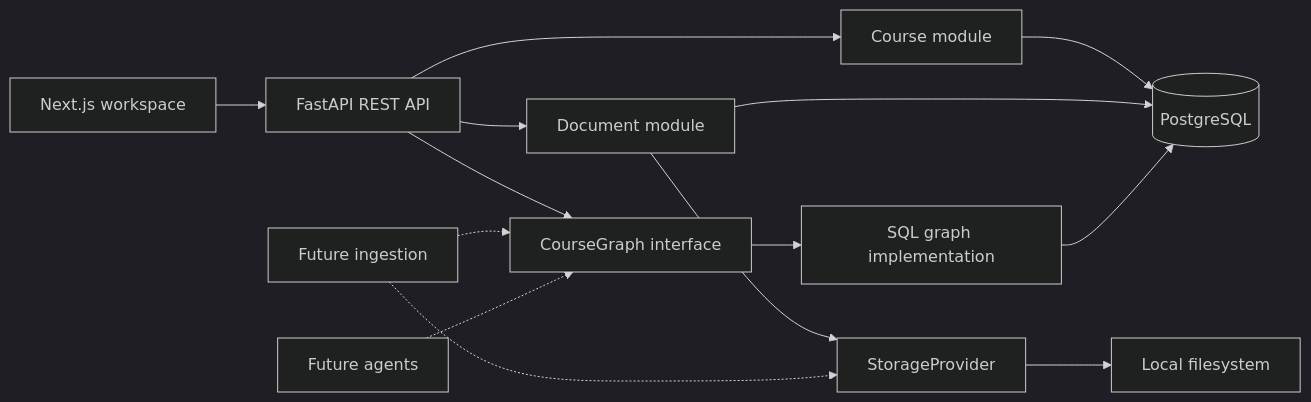
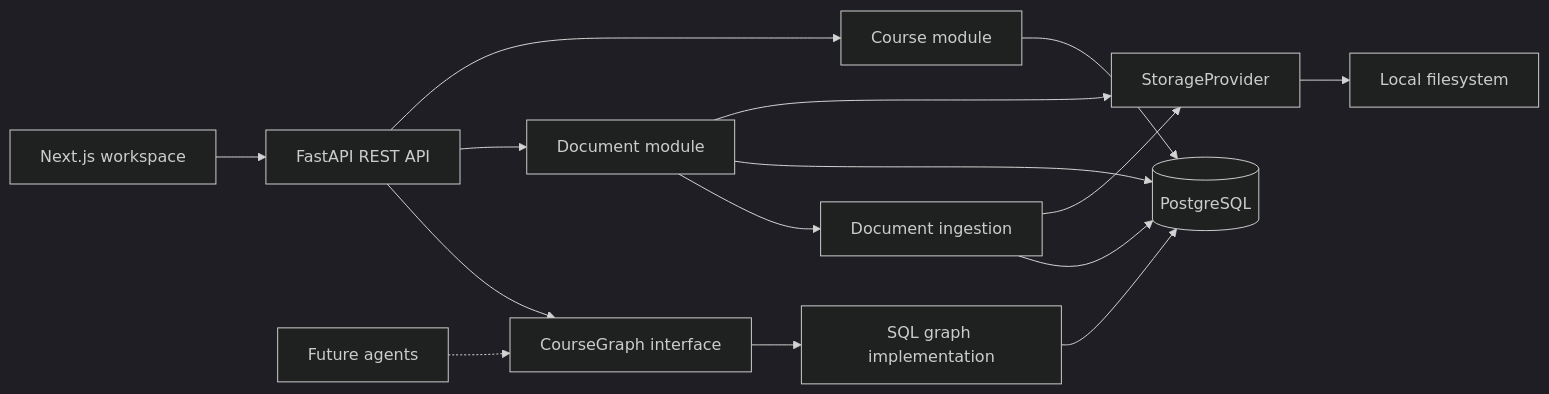
Before and after one commit to 7shep/arc: the diagram in README.md, drawn with Mermaid (dark theme). The commit also changed other lines of this file and 11 other files, not shown here.

Commit message:
feat: add document ingestion foundation

````diff
--- a/README.md
+++ b/README.md
@@ -16,16 +17,17 @@
 ```mermaid
 flowchart LR
     Web[Next.js workspace] --> API[FastAPI REST API]
     API --> Courses[Course module]
     API --> Documents[Document module]
     Documents --> Storage[StorageProvider]
     Storage --> Local[Local filesystem]
     API --> Graph[CourseGraph interface]
     Graph --> SQL[SQL graph implementation]
     Courses --> PG[(PostgreSQL)]
     Documents --> PG
     SQL --> PG
-    Ingestion[Future ingestion] -.-> Storage
-    Ingestion -.-> Graph
+    Documents --> Ingestion[Document ingestion]
+    Ingestion --> Storage
+    Ingestion --> PG
     Agents[Future agents] -.-> Graph
 ```
````
